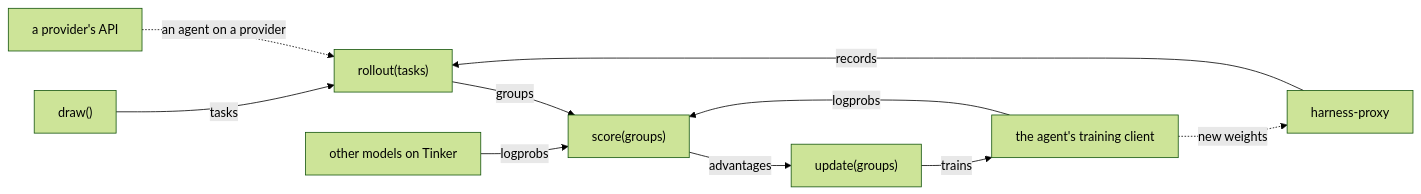
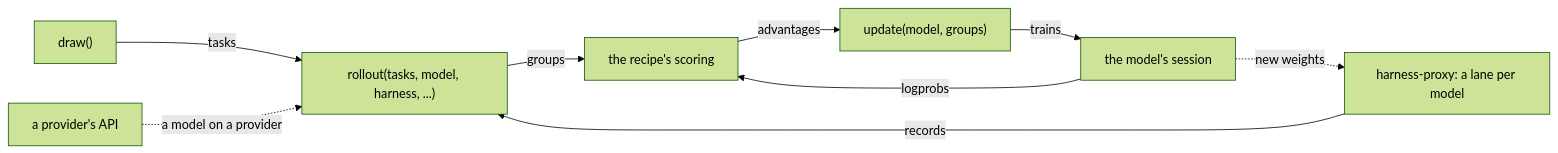
The diagram in src/shipyard/models/README.md (ghidav/shipyard), drawn with Mermaid (forest theme) before and after one commit. The commit also changed other lines of this file and 111 other files, not shown here.

First line of the commit message:
Task hooks, Together sandboxes, dry runs, a GRPO recipe, and a proxy that tokenizes once per trial

````diff
--- a/src/shipyard/models/README.md
+++ b/src/shipyard/models/README.md
@@ -5,12 +5,11 @@
 ```mermaid
 flowchart LR
-    draw["draw()"] -->|tasks| rollout["rollout(tasks)"]
-    rollout -->|groups| score["score(groups)"]
-    score -->|advantages| update["update(groups)"]
-    update -->|trains| client["the agent's training client"]
-    client -.->|new weights| proxy["harness-proxy"]
+    draw["draw()"] -->|tasks| rollout["rollout(tasks, model, harness, ...)"]
+    rollout -->|groups| score["the recipe's scoring"]
+    score -->|advantages| update["update(model, groups)"]
+    update -->|trains| session["the model's session"]
+    session -.->|new weights| proxy["harness-proxy: a lane per model"]
     proxy -->|records| rollout
-    provider["a provider's API"] -.->|an agent on a provider| rollout
-    client -->|logprobs| score
-    sampled["other models on Tinker"] -->|logprobs| score
+    provider["a provider's API"] -.->|a model on a provider| rollout
+    session -->|logprobs| score
 ```
````
